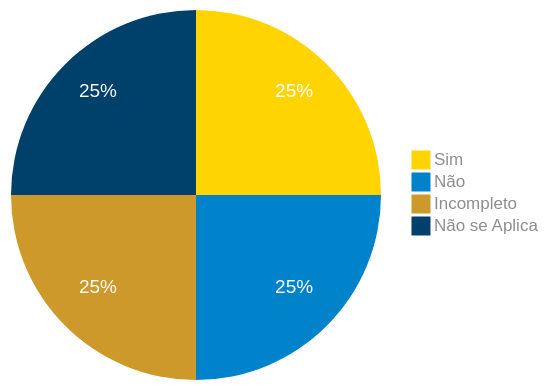
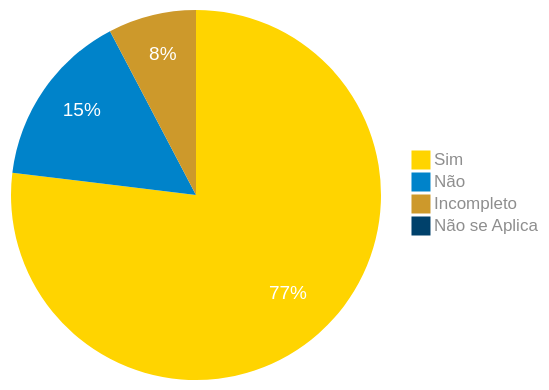
One commit to claudiohsc/2024.1-Correios changed the diagram in docs/verificacao_01/grupo/DAD/nivel2/prototipo_papel/relato_dos_resultados_PP/rastrear encomendas-pp.md. Above: the diagram before and after it, drawn with Mermaid. The commit also changed other lines of this file, not shown here.

````diff
--- a/docs/verificacao_01/grupo/DAD/nivel2/prototipo_papel/relato_dos_resultados_PP/rastrear encomendas-pp.md
+++ b/docs/verificacao_01/grupo/DAD/nivel2/prototipo_papel/relato_dos_resultados_PP/rastrear encomendas-pp.md
@@ -89,24 +100,24 @@
 ``` mermaid
 %%{
   init: {
     'theme': 'base',
     'themeVariables': {
         'primaryColor': '#FFD400',
         'secondaryColor': '#0083CA',
         'tertiaryColor': '#CD992B',
         'pie4': '#00416B',
         'primaryTextColor': '#8e8e8e',
         'pieStrokeWidth': '0px',
         'pieOuterStrokeWidth': '0px',
         'pieOpacity': '1',
         'pieSectionTextColor': '#fff',
         'pieSectionTextSize': '19px'
     }
   }
 }%%
 pie
-    "Sim" : 1
-    "Não" : 1
+    "Sim" : 10
+    "Não" : 2
     "Incompleto" : 1
-    "Não se Aplica" : 1
+    "Não se Aplica" : 0
 ```
````
